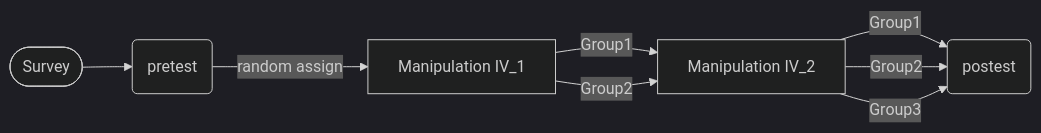
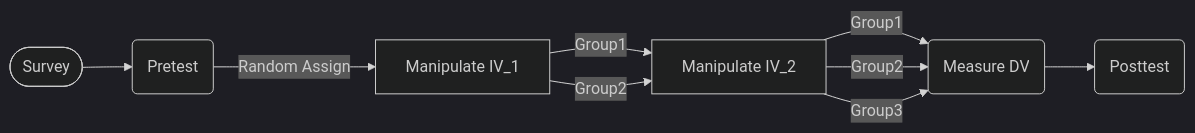
The diagram in content/project/psychopy/index.md (yenchunnnn/personal-website), drawn with Mermaid (dark theme) before and after one commit. The commit also changed other lines of this file and 5 other files, not shown here.

````diff
--- a/content/project/psychopy/index.md
+++ b/content/project/psychopy/index.md
@@ -52,10 +52,11 @@
 ``` mermaid
 graph LR
-Aid1([Survey]) -->B(pretest)
-    B -- random assign --> C[Manipulation IV_1]
-    C -->|Group1| D[Manipulation IV_2]
-    C -->|Group2| D[Manipulation IV_2]
-    D -->|Group1| E(postest)
-    D -->|Group2| E(postest)
-    D -->|Group3| E(postest)
+Aid1([Survey]) -->B(Pretest)
+    B -- Random Assign --> C[Manipulate IV_1]
+    C -->|Group1| D[Manipulate IV_2]
+    C -->|Group2| D[Manipulate IV_2]
+    D -->|Group1| E(Measure DV)
+    D -->|Group2| E(Measure DV)
+    D -->|Group3| E(Measure DV)
+    E --> F(Posttest)
 ```
````
